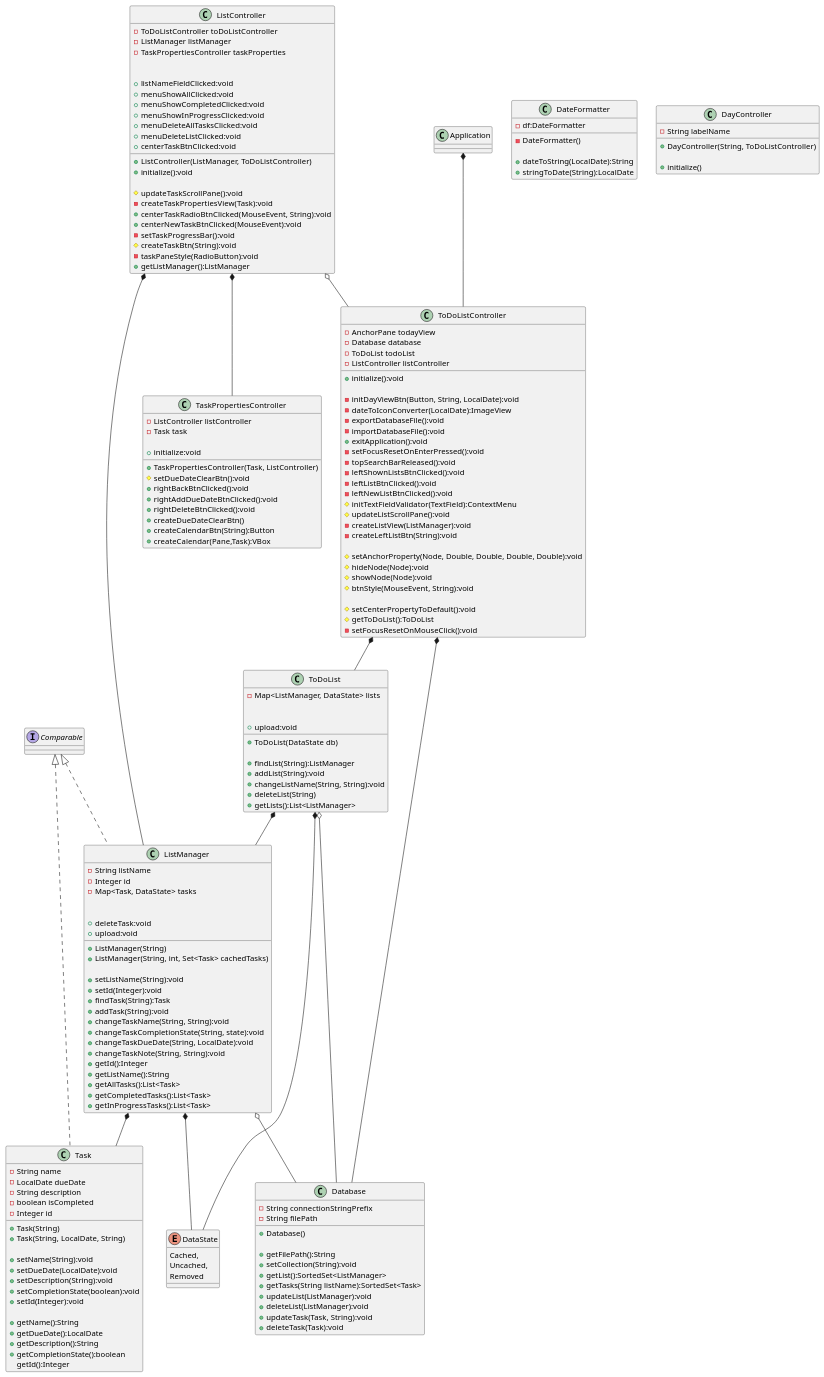
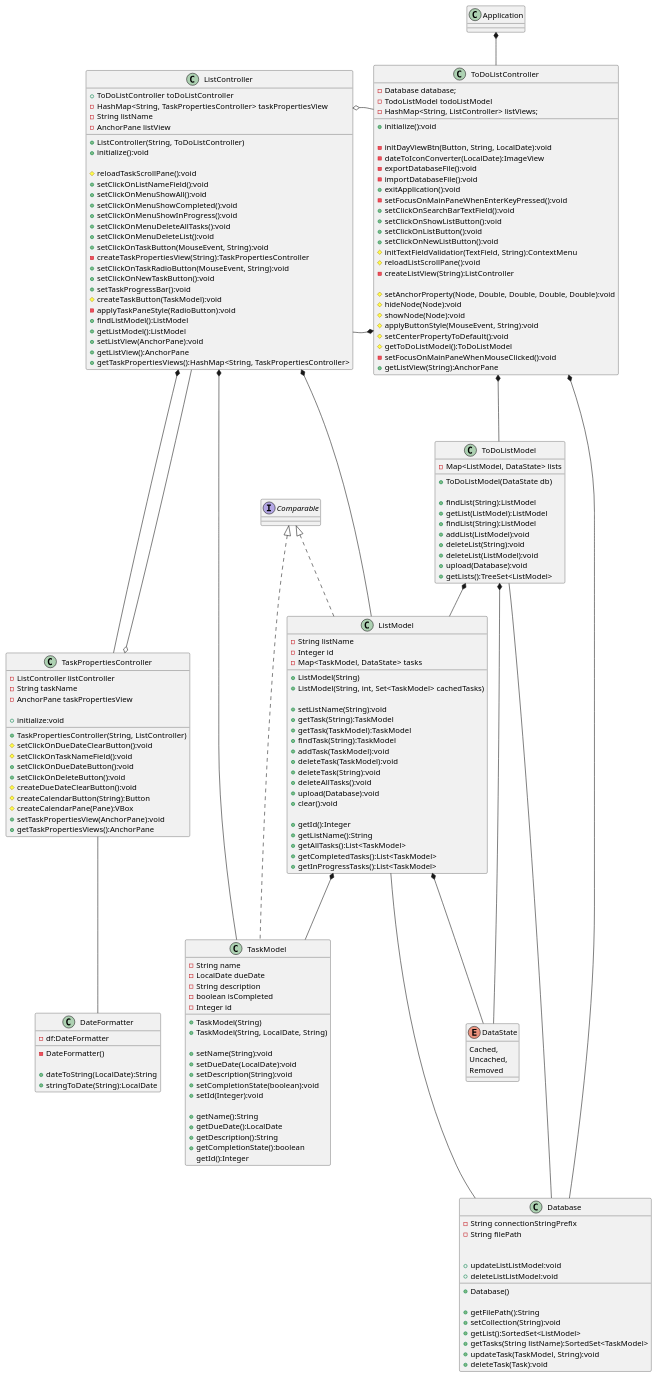
The diagram in uml/MainLogicClassDiagram.puml (mplekunov/ToDoListApplication), drawn with PlantUML before and after one commit. The commit also changed 5 other files, not shown here.

Commit message:
Upd: Uml Diagram

```diff
--- a/uml/MainLogicClassDiagram.puml
+++ b/uml/MainLogicClassDiagram.puml
@@ -1,30 +1,32 @@
 @startuml
 'https://plantuml.com/class-diagram
 
-class ToDoList {
-    -Map<ListManager, DataState> lists
+class ToDoListModel {
+    -Map<ListModel, DataState> lists
 
-    +ToDoList(DataState db)
+    +ToDoListModel(DataState db)
 
-    +findList(String):ListManager
-    +addList(String):void
-    +changeListName(String, String):void
-    +deleteList(String)
-    +upload:void
-    +getLists():List<ListManager>
+    +findList(String):ListModel
+    +getList(ListModel):ListModel
+    +findList(String):ListModel
+    +addList(ListModel):void
+    +deleteList(String):void
+    +deleteList(ListModel):void
+    +upload(Database):void
+    +getLists():TreeSet<ListModel>
 }
 
 class Application {}
 
-class Task implements Comparable {
+class TaskModel implements Comparable {
     -String name
     -LocalDate dueDate
     -String description
     -boolean isCompleted
     -Integer id
 
-    +Task(String)
-    +Task(String, LocalDate, String)
+    +TaskModel(String)
+    +TaskModel(String, LocalDate, String)
 
     +setName(String):void
     +setDueDate(LocalDate):void
@@ -41,18 +43,21 @@
 
 class TaskPropertiesController {
     -ListController listController
-    -Task task
+    -String taskName
+    -AnchorPane taskPropertiesView
 
-    +TaskPropertiesController(Task, ListController)
+    +TaskPropertiesController(String, ListController)
     +initialize:void
 
-    #setDueDateClearBtn():void
-    +rightBackBtnClicked():void
-    +rightAddDueDateBtnClicked():void
-    +rightDeleteBtnClicked():void
-    +createDueDateClearBtn()
-    +createCalendarBtn(String):Button
-    +createCalendar(Pane,Task):VBox
+    #setClickOnDueDateClearButton():void
+    #setClickOnTaskNameField():void
+    +setClickOnDueDateButton():void
+    +setClickOnDeleteButton():void
+    #createDueDateClearButton():void
+    #createCalendarButton(String):Button
+    #createCalendarPane(Pane):VBox
+    +setTaskPropertiesView(AnchorPane):void
+    +getTaskPropertiesViews():AnchorPane
 }
 
 class DateFormatter {
@@ -65,10 +70,9 @@
 }
 
 class ToDoListController {
-    -AnchorPane todayView
-    -Database database
-    -ToDoList todoList
-    -ListController listController
+    -Database database;
+    -TodoListModel todoListModel
+    -HashMap<String, ListController> listViews;
 
     +initialize():void
 
@@ -77,84 +81,81 @@
     -exportDatabaseFile():void
     -importDatabaseFile():void
     +exitApplication():void
-    -setFocusResetOnEnterPressed():void
-    -topSearchBarReleased():void
-    -leftShownListsBtnClicked():void
-    -leftListBtnClicked():void
-    -leftNewListBtnClicked():void
-    #initTextFieldValidator(TextField):ContextMenu
-    #updateListScrollPane():void
-    -createListView(ListManager):void
-    -createLeftListBtn(String):void
+    -setFocusOnMainPaneWhenEnterKeyPressed():void
+    +setClickOnSearchBarTextField():void
+    +setClickOnShowListButton():void
+    +setClickOnListButton():void
+    +setClickOnNewListButton():void
+    #initTextFieldValidatior(TextField, String):ContextMenu
+    #reloadListScrollPane():void
+    -createListView(String):ListController
 
     #setAnchorProperty(Node, Double, Double, Double, Double):void
     #hideNode(Node):void
     #showNode(Node):void
-    #btnStyle(MouseEvent, String):void
-
+    #applyButtonStyle(MouseEvent, String):void
     #setCenterPropertyToDefault():void
-    #getToDoList():ToDoList
-    -setFocusResetOnMouseClick():void
+    #getToDoListModel():ToDoListModel
+    -setFocusOnMainPaneWhenMouseClicked():void
+    +getListView(String):AnchorPane
 }
 
-class ListManager implements Comparable {
+class ListModel implements Comparable {
     -String listName
     -Integer id
-    -Map<Task, DataState> tasks
+    -Map<TaskModel, DataState> tasks
 
-    +ListManager(String)
-    +ListManager(String, int, Set<Task> cachedTasks)
+    +ListModel(String)
+    +ListModel(String, int, Set<TaskModel> cachedTasks)
 
     +setListName(String):void
-    +setId(Integer):void
-    +findTask(String):Task
-    +addTask(String):void
-    +changeTaskName(String, String):void
-    +changeTaskCompletionState(String, state):void
-    +changeTaskDueDate(String, LocalDate):void
-    +changeTaskNote(String, String):void
-    +deleteTask:void
-    +upload:void
+    +getTask(String):TaskModel
+    +getTask(TaskModel):TaskModel
+    +findTask(String):TaskModel
+    +addTask(TaskModel):void
+    +deleteTask(TaskModel):void
+    +deleteTask(String):void
+    +deleteAllTasks():void
+    +upload(Database):void
+    +clear():void
 
     +getId():Integer
     +getListName():String
-    +getAllTasks():List<Task>
-    +getCompletedTasks():List<Task>
-    +getInProgressTasks():List<Task>
+    +getAllTasks():List<TaskModel>
+    +getCompletedTasks():List<TaskModel>
+    +getInProgressTasks():List<TaskModel>
 }
 
 
 class ListController {
-    -ToDoListController toDoListController
-    -ListManager listManager
-    -TaskPropertiesController taskProperties
+    +ToDoListController toDoListController
+    -HashMap<String, TaskPropertiesController> taskPropertiesView
+    -String listName
+    -AnchorPane listView
 
-    +ListController(ListManager, ToDoListController)
+    +ListController(String, ToDoListController)
     +initialize():void
 
-    #updateTaskScrollPane():void
-    +listNameFieldClicked:void
-    +menuShowAllClicked:void
-    +menuShowCompletedClicked:void
-    +menuShowInProgressClicked:void
-    +menuDeleteAllTasksClicked:void
-    +menuDeleteListClicked:void
-    +centerTaskBtnClicked:void
-    -createTaskPropertiesView(Task):void
-    +centerTaskRadioBtnClicked(MouseEvent, String):void
-    +centerNewTaskBtnClicked(MouseEvent):void
-    -setTaskProgressBar():void
-    #createTaskBtn(String):void
-    -taskPaneStyle(RadioButton):void
-    +getListManager():ListManager
-}
+    #reloadTaskScrollPane():void
+    +setClickOnListNameField():void
+    +setClickOnMenuShowAll():void
+    +setClickOnMenuShowCompleted():void
+    +setClickOnMenuShowInProgress():void
+    +setClickOnMenuDeleteAllTasks():void
+    +setClickOnMenuDeleteList():void
+    +setClickOnTaskButton(MouseEvent, String):void
+    -createTaskPropertiesView(String):TaskPropertiesController
+    +setClickOnTaskRadioButton(MouseEvent, String):void
+    +setClickOnNewTaskButton():void
+    +setTaskProgressBar():void
+    #createTaskButton(TaskModel):void
+    -applyTaskPaneStyle(RadioButton):void
+    +findListModel():ListModel
+    +getListModel():ListModel
+    +setListView(AnchorPane):void
+    +getListView():AnchorPane
+    +getTaskPropertiesViews():HashMap<String, TaskPropertiesController>
 
-class DayController {
-    -String labelName
-
-    +DayController(String, ToDoListController)
-
-    +initialize()
 }
 
 class Database {
@@ -165,11 +166,11 @@
 
     +getFilePath():String
     +setCollection(String):void
-    +getList():SortedSet<ListManager>
-    +getTasks(String listName):SortedSet<Task>
-    +updateList(ListManager):void
-    +deleteList(ListManager):void
-    +updateTask(Task, String):void
+    +getList():SortedSet<ListModel>
+    +getTasks(String listName):SortedSet<TaskModel>
+    +updateListListModel:void
+    +deleteListListModel:void
+    +updateTask(TaskModel, String):void
     +deleteTask(Task):void
 }
 
@@ -179,19 +180,26 @@
     Removed
 }
 
-ListManager *-- Task
-ListManager *-- DataState
-ListManager o-- Database
-ToDoList *-- ListManager
-ToDoList *-- DataState
-ToDoList o-- Database
+Application *--ToDoListController
 
-ToDoListController *-- Database
-ToDoListController *-- ToDoList
-ListController o-- ToDoListController
-ListController *-- ListManager
-ListController *-- TaskPropertiesController
+ToDoListController *--- Database
+ToDoListController *--- ToDoListModel
+ToDoListController *- ListController
 
-Application *-- ToDoListController
+ListController *--- TaskPropertiesController
+ListController o--- ToDoListController
+ListController *--- ListModel
+ListController *--- TaskModel
+
+TaskPropertiesController o---- ListController
+TaskPropertiesController --- DateFormatter
+
+ToDoListModel *- DataState
+ToDoListModel *-- ListModel
+ToDoListModel -- Database
+
+ListModel *--- TaskModel
+ListModel *--- DataState
+ListModel ---- Database
 
 @enduml
```
